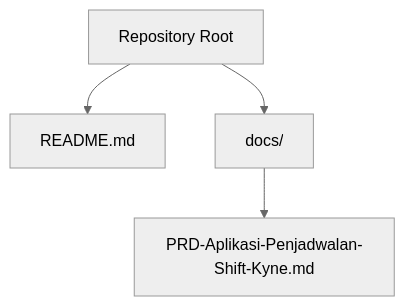
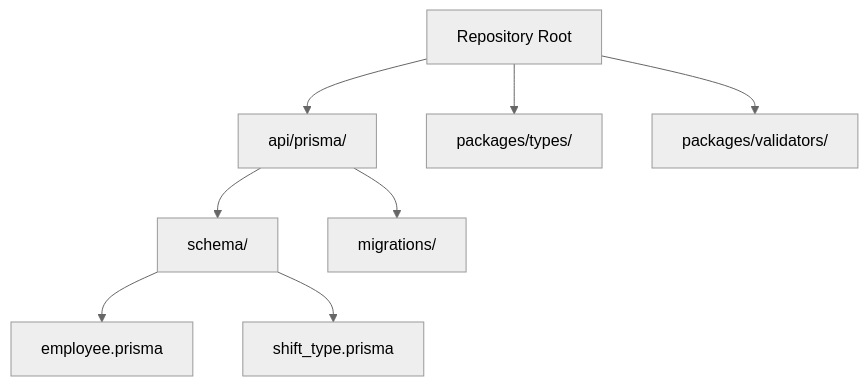
One commit to epo33m/scheduling changed the first of 6 diagrams in .qoder/repowiki/en/content/Product Requirements Document/Data Model Design.md. Above: the diagram before and after it, drawn with Mermaid (neutral theme). The commit also changed other lines of this file and 50 other files, not shown here.

````diff
--- a/.qoder/repowiki/en/content/Product Requirements Document/Data Model Design.md
+++ b/.qoder/repowiki/en/content/Product Requirements Document/Data Model Design.md
@@ -36,10 +55,16 @@
 ```mermaid
 graph TB
 Root["Repository Root"]
-Readme["README.md"]
-Docs["docs/"]
-PRD["PRD-Aplikasi-Penjadwalan-Shift-Kyne.md"]
-Root --> Readme
-Root --> Docs
-Docs --> PRD
+Prisma["api/prisma/"]
+Schema["schema/"]
+Migrations["migrations/"]
+Types["packages/types/"]
+Validators["packages/validators/"]
+Root --> Prisma
+Prisma --> Schema
+Prisma --> Migrations
+Root --> Types
+Root --> Validators
+Schema --> Employee["employee.prisma"]
+Schema --> ShiftType["shift_type.prisma"]
 ```
````
